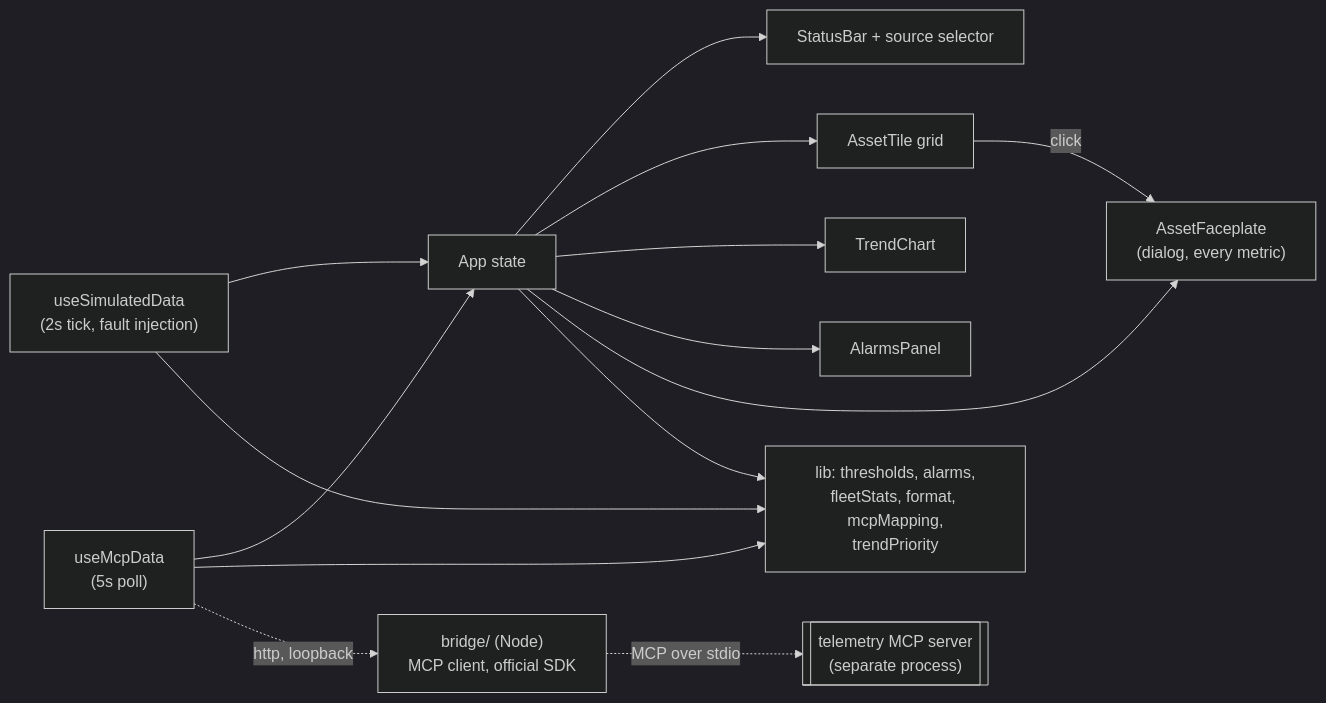
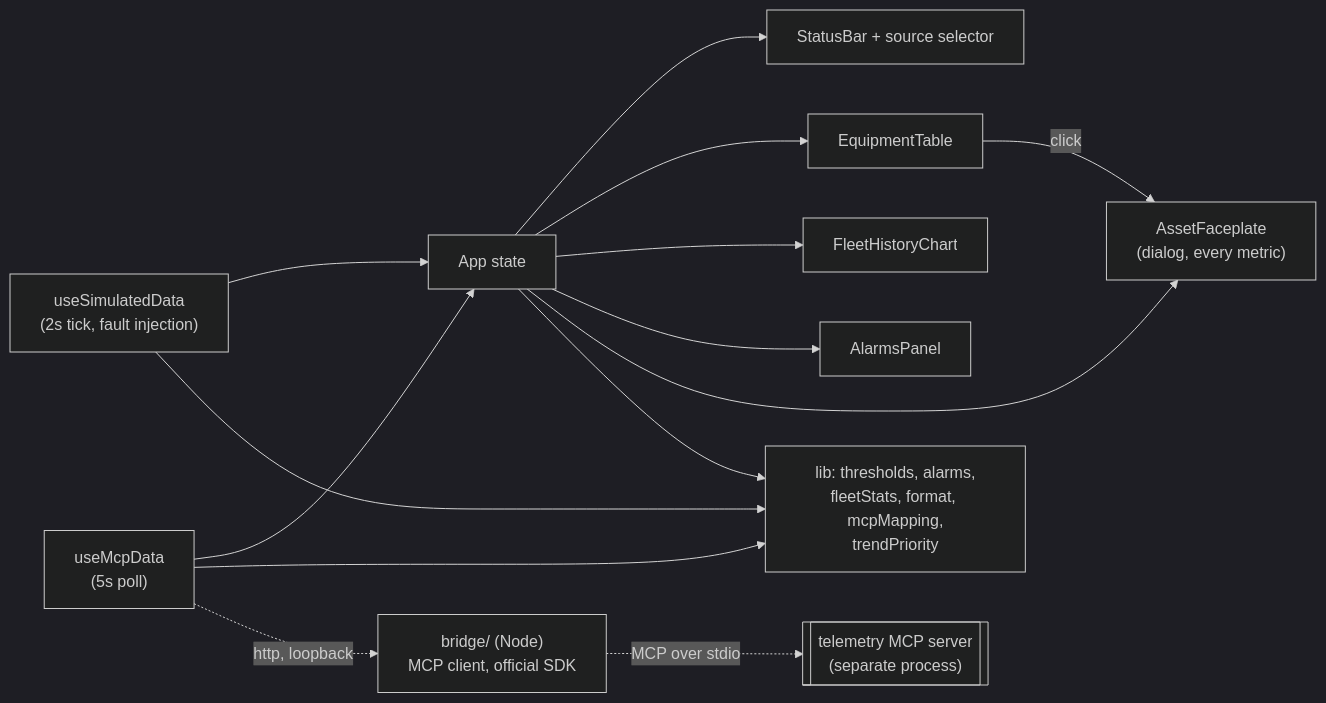
Before and after one commit to Younes-Alaoui-Ismaili/Industrial-telemetry-dashboard: the diagram in README.md, drawn with Mermaid (dark theme). The commit also changed other lines of this file and 16 other files, not shown here.

````diff
--- a/README.md
+++ b/README.md
@@ -102,16 +90,16 @@
 ```mermaid
 flowchart LR
     Sim["useSimulatedData<br/>(2s tick, fault injection)"] --> State[App state]
     Mcp["useMcpData<br/>(5s poll)"] --> State
     State --> Bar[StatusBar + source selector]
-    State --> Grid[AssetTile grid]
-    State --> Trend[TrendChart]
+    State --> Grid[EquipmentTable]
+    State --> Trend[FleetHistoryChart]
     State --> Panel[AlarmsPanel]
     Grid -- "click" --> Face["AssetFaceplate<br/>(dialog, every metric)"]
     State --> Face
     Sim --> Lib["lib: thresholds, alarms,<br/>fleetStats, format, mcpMapping,<br/>trendPriority"]
     Mcp --> Lib
     State --> Lib
     Mcp -. "http, loopback" .-> Bridge["bridge/ (Node)<br/>MCP client, official SDK"]
     Bridge -. "MCP over stdio" .-> Server[["telemetry MCP server<br/>(separate process)"]]
 ```
````
